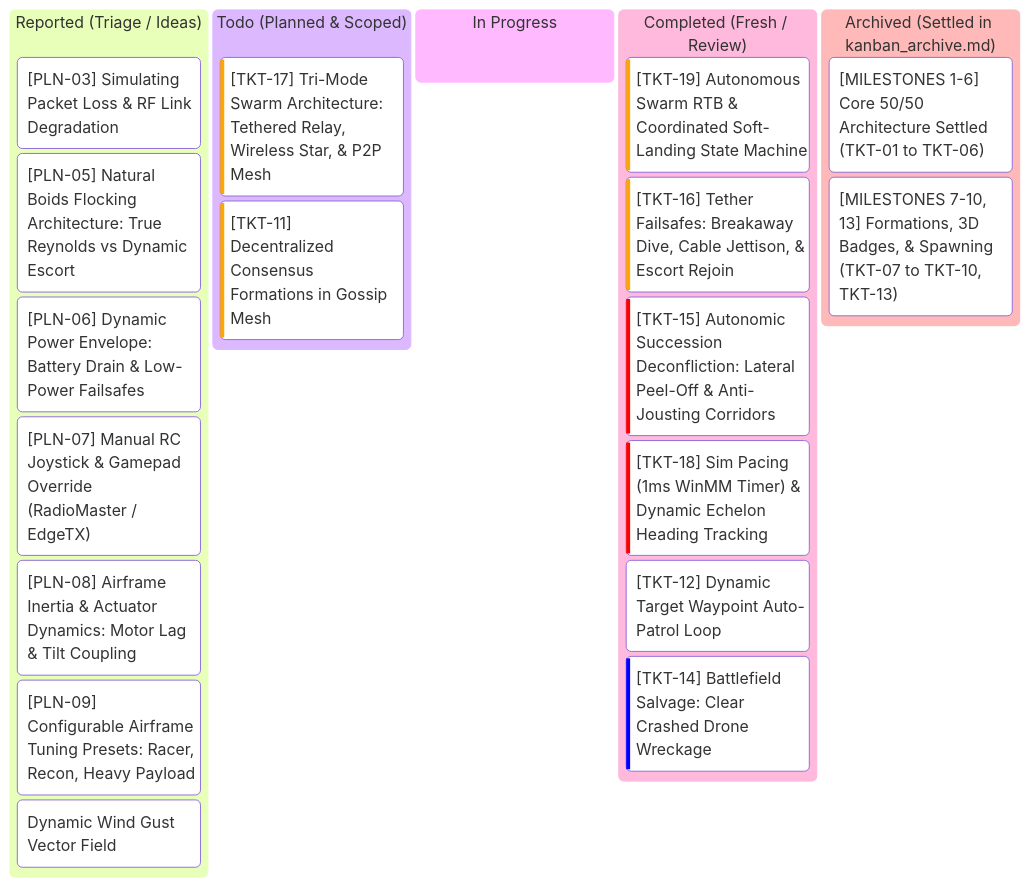
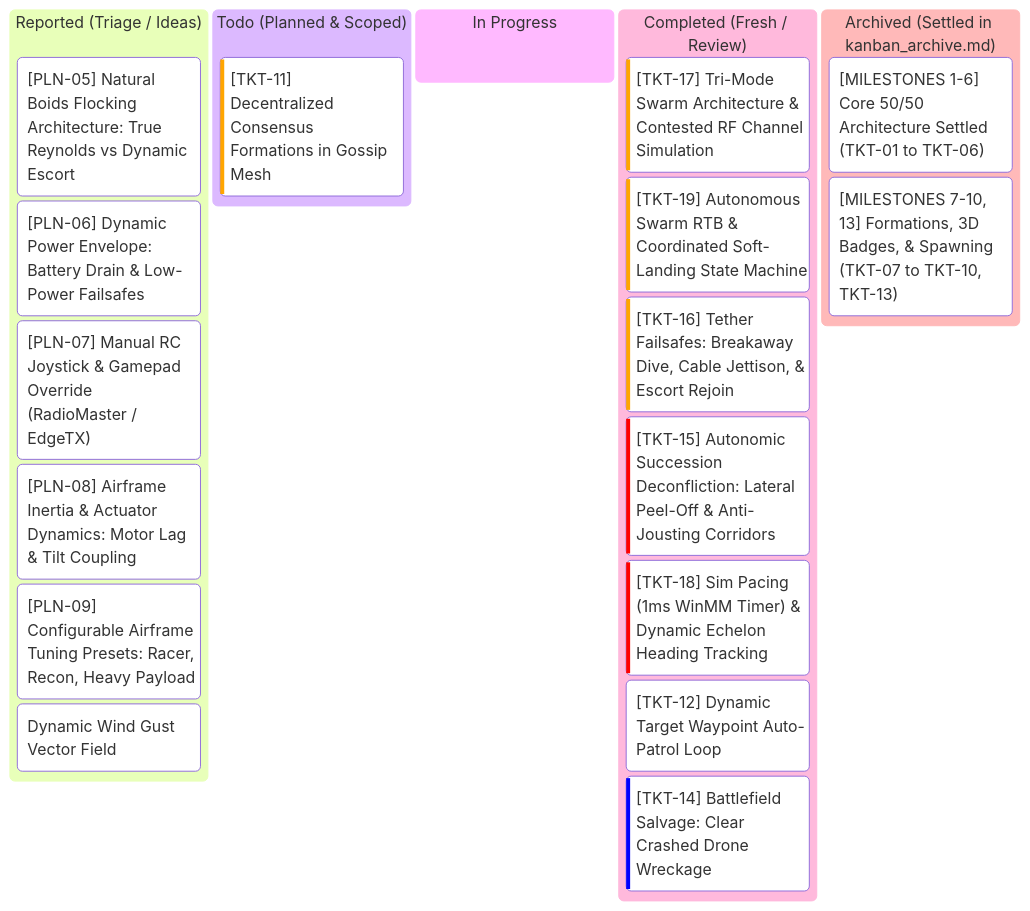
One commit to AlitheiaDeus/SwarmTech_v3-Uprising changed the diagram in kanban.md. Above: the diagram before and after it, drawn with Mermaid. The commit also changed other lines of this file and 10 other files, not shown here.

Commit message:
feat(comms): implement TKT-17 tri-mode swarm architecture and contested RF channel simulation (settles PLN-02, PLN-03)

````diff
--- a/kanban.md
+++ b/kanban.md
@@ -7,25 +7,24 @@
 ```mermaid
 kanban
   reported["Reported (Triage / Ideas)"]
-    pln3["[PLN-03] Simulating Packet Loss & RF Link Degradation"]
     pln5["[PLN-05] Natural Boids Flocking Architecture: True Reynolds vs Dynamic Escort"]
     pln6["[PLN-06] Dynamic Power Envelope: Battery Drain & Low-Power Failsafes"]
     pln7["[PLN-07] Manual RC Joystick & Gamepad Override (RadioMaster / EdgeTX)"]
     pln8["[PLN-08] Airframe Inertia & Actuator Dynamics: Motor Lag & Tilt Coupling"]
     pln9["[PLN-09] Configurable Airframe Tuning Presets: Racer, Recon, Heavy Payload"]
     idea1["Dynamic Wind Gust Vector Field"]
   todo["Todo (Planned & Scoped)"]
-    tkt17["[TKT-17] Tri-Mode Swarm Architecture: Tethered Relay, Wireless Star, & P2P Mesh"]@{ priority: 'High' }
     tkt11["[TKT-11] Decentralized Consensus Formations in Gossip Mesh"]@{ priority: 'High' }
   in_progress["In Progress"]
   completed["Completed (Fresh / Review)"]
+    tkt17["[TKT-17] Tri-Mode Swarm Architecture & Contested RF Channel Simulation"]@{ priority: 'High' }
     tkt19["[TKT-19] Autonomous Swarm RTB & Coordinated Soft-Landing State Machine"]@{ priority: 'High' }
     tkt16["[TKT-16] Tether Failsafes: Breakaway Dive, Cable Jettison, & Escort Rejoin"]@{ priority: 'High' }
     tkt15["[TKT-15] Autonomic Succession Deconfliction: Lateral Peel-Off & Anti-Jousting Corridors"]@{ priority: 'Very High' }
     tkt18["[TKT-18] Sim Pacing (1ms WinMM Timer) & Dynamic Echelon Heading Tracking"]@{ priority: 'Very High' }
     tkt12["[TKT-12] Dynamic Target Waypoint Auto-Patrol Loop"]@{ priority: 'Medium' }
     tkt14["[TKT-14] Battlefield Salvage: Clear Crashed Drone Wreckage"]@{ priority: 'Low' }
   archived["Archived (Settled in kanban_archive.md)"]
     arch_m1_6["[MILESTONES 1-6] Core 50/50 Architecture Settled (TKT-01 to TKT-06)"]
     arch_m7_10_13["[MILESTONES 7-10, 13] Formations, 3D Badges, & Spawning (TKT-07 to TKT-10, TKT-13)"]
 ```
````
